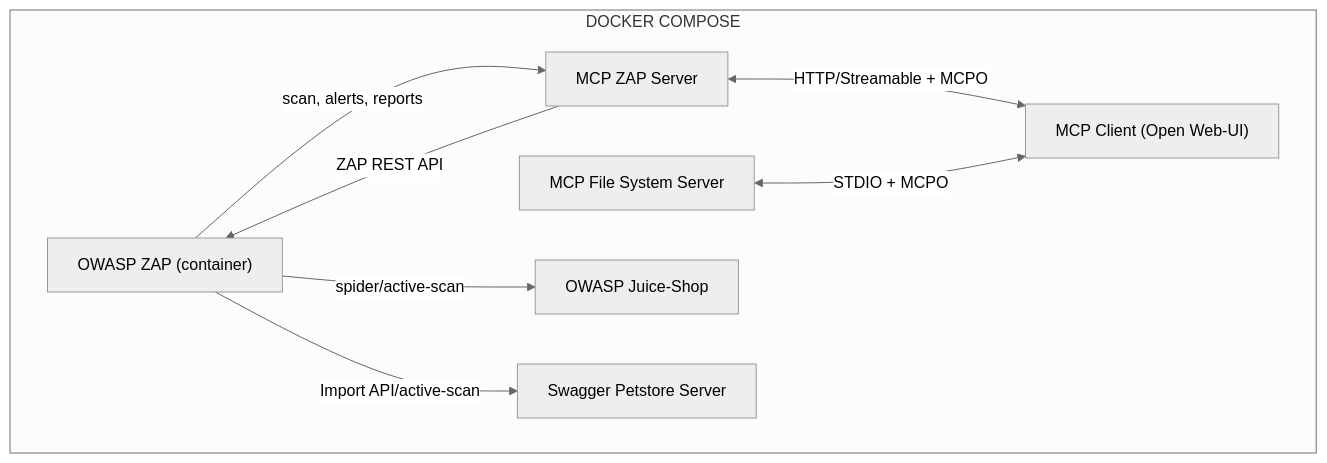
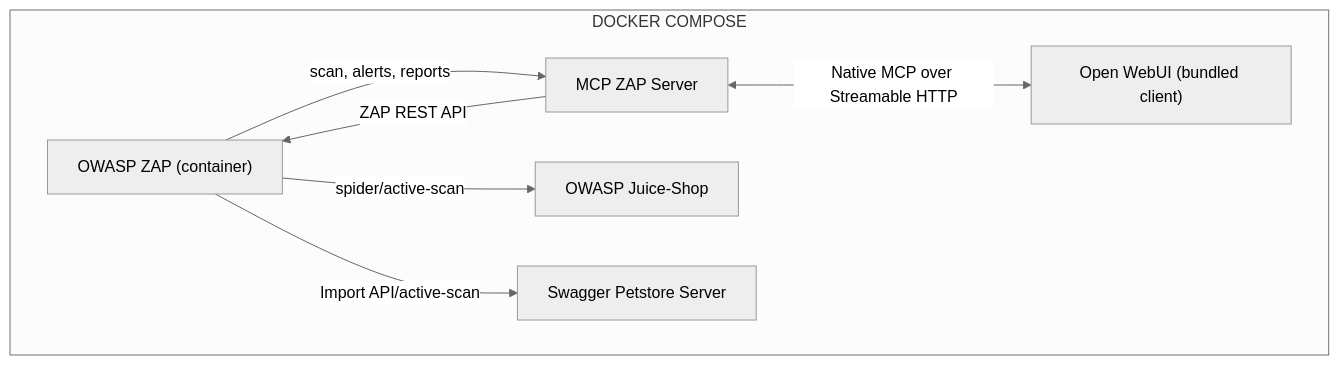
The first of 2 diagrams in README.md (dtkmn/mcp-zap-server), drawn with Mermaid (neutral theme) before and after one commit. The commit also changed other lines of this file and 1 other file, not shown here.

Commit message:
docs: revamp README with updated links, new architecture details, and expanded sections on queue HA, cloud setup, and security settings

````diff
--- a/README.md
+++ b/README.md
@@ -71,20 +86,18 @@
 ```mermaid
 flowchart LR
   subgraph "DOCKER COMPOSE"
     direction LR
     ZAP["OWASP ZAP (container)"]
     MCPZAP["MCP ZAP Server"]
-    MCPFile["MCP File System Server"]
-    Client["MCP Client (Open Web-UI)"]
+    Client["Open WebUI (bundled client)"]
     Juice["OWASP Juice-Shop"]
     Petstore["Swagger Petstore Server"]
   end
 
-  MCPZAP <-->|HTTP/Streamable + MCPO| Client
-  MCPFile <-->|STDIO + MCPO| Client
+  MCPZAP <-->|Native MCP over Streamable HTTP| Client
   MCPZAP -->|ZAP REST API| ZAP
   ZAP -->|scan, alerts, reports| MCPZAP
 
   ZAP -->|spider/active-scan| Juice
   ZAP -->|Import API/active-scan| Petstore
 ```
````
